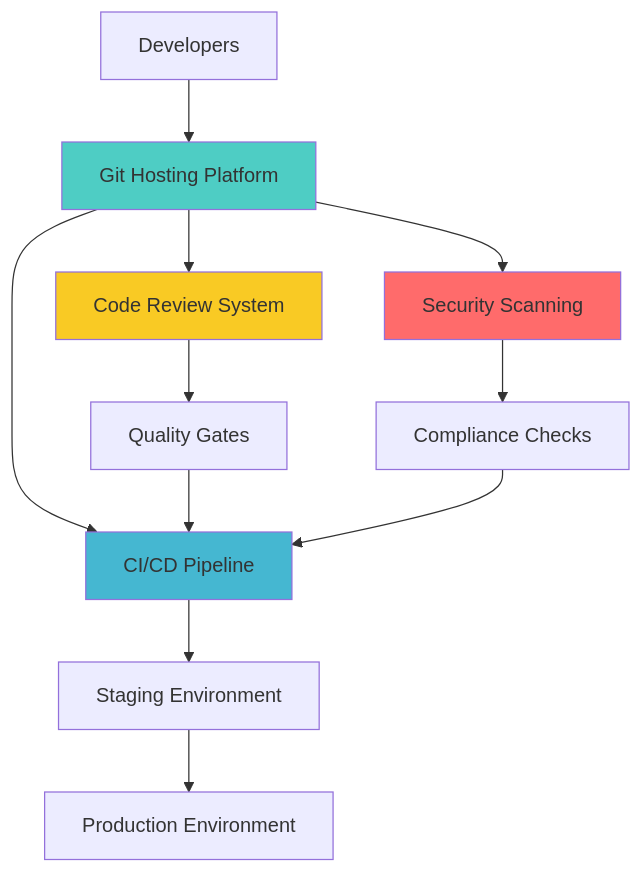
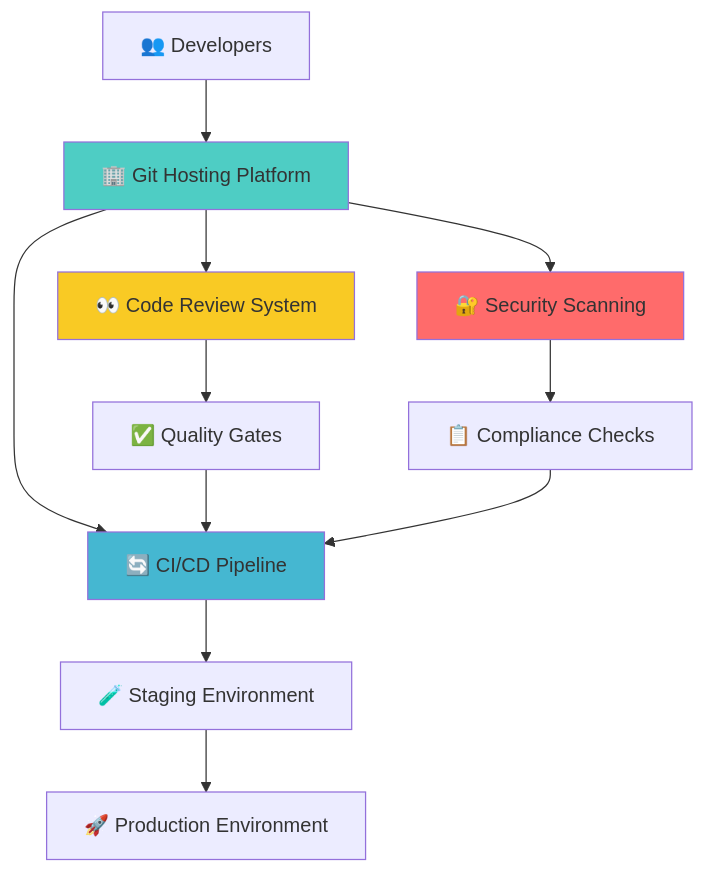
One commit to thetorangi/all-about-git changed the fifth of 6 diagrams in README.md. Above: the diagram before and after it, drawn with Mermaid. The commit also changed other lines of this file, not shown here.

````diff
--- a/README.md
+++ b/README.md
@@ -379,20 +379,20 @@
 ```mermaid
 graph TB
-    A[Developers] --> B[Git Hosting Platform]
-    B --> C[CI/CD Pipeline]
-    C --> D[Staging Environment]
-    D --> E[Production Environment]
+    A[👥 Developers] --> B[🏢 Git Hosting Platform]
+    B --> C[🔄 CI/CD Pipeline]
+    C --> D[🧪 Staging Environment]
+    D --> E[🚀 Production Environment]
     
-    B --> F[Code Review System]
-    F --> G[Quality Gates]
+    B --> F[👀 Code Review System]
+    F --> G[✅ Quality Gates]
     G --> C
     
-    B --> H[Security Scanning]
-    H --> I[Compliance Checks]
+    B --> H[🔐 Security Scanning]
+    H --> I[📋 Compliance Checks]
     I --> C
     
     style B fill:#4ecdc4
     style C fill:#45b7d1
     style F fill:#f9ca24
     style H fill:#ff6b6b
 ```
````
